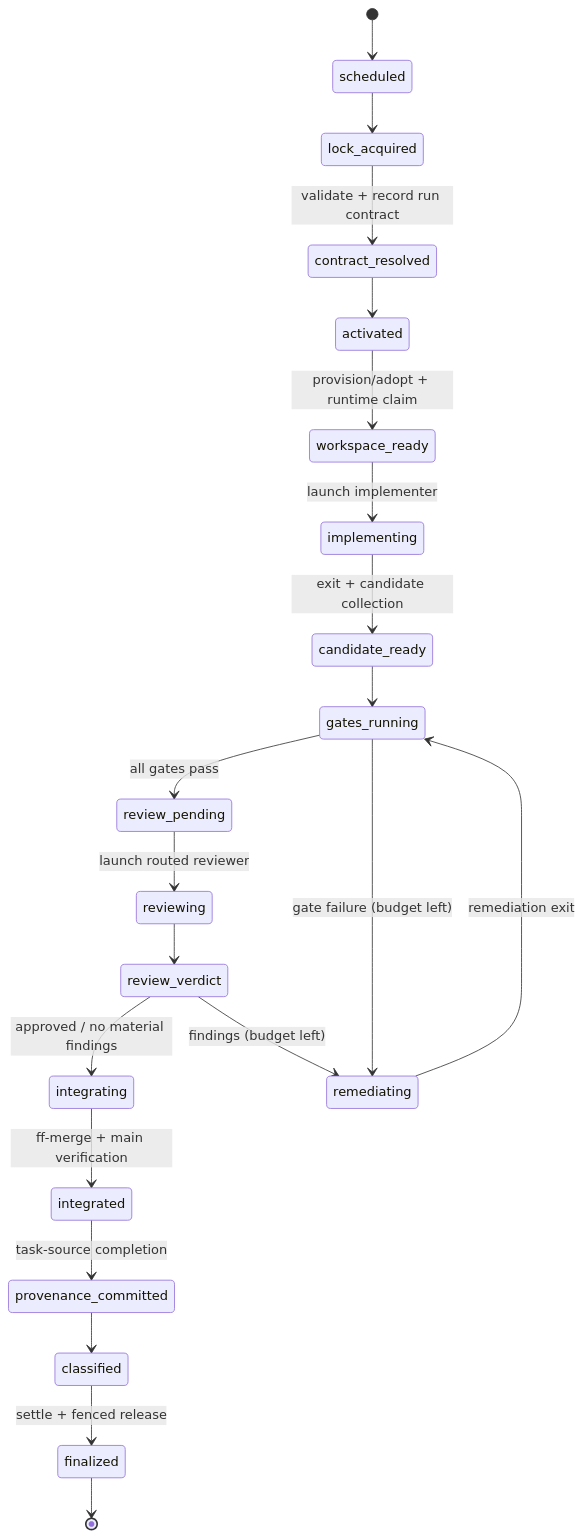
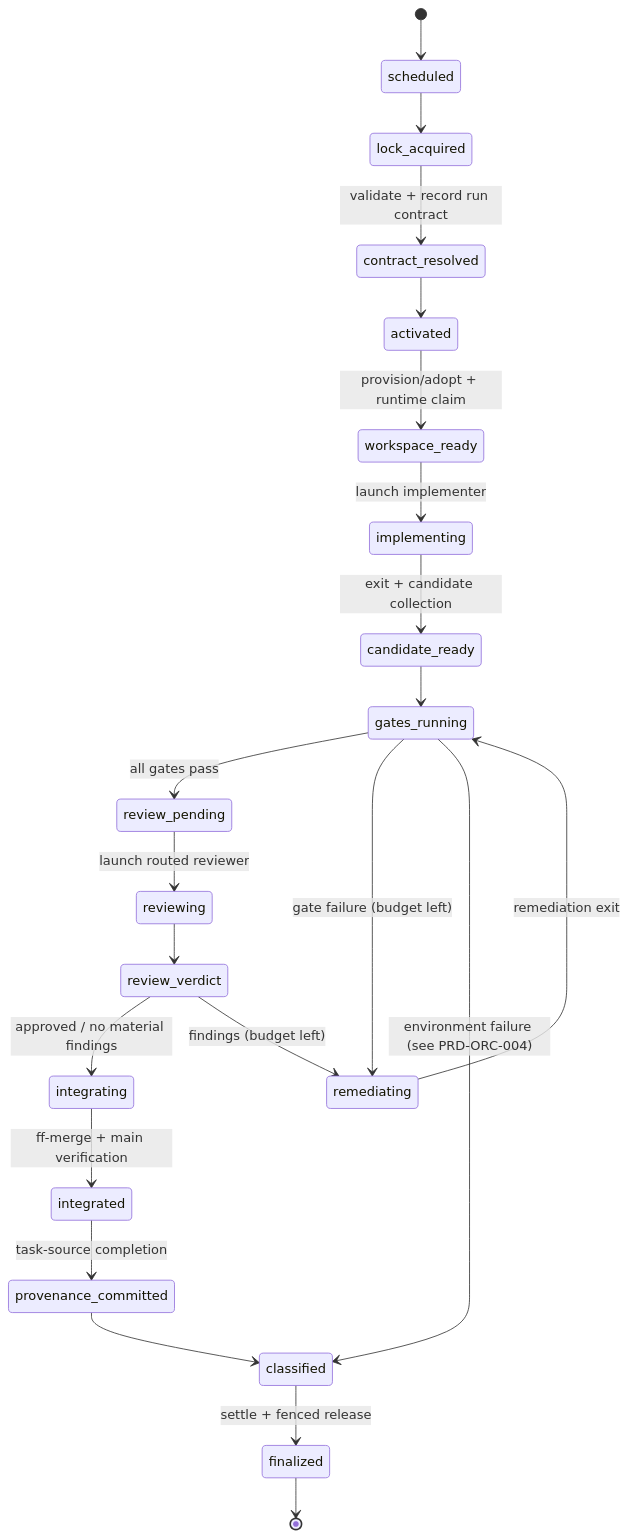
The diagram in docs/deterministic-run-orchestration.md (ei-grad/vibe-loop), drawn with Mermaid before and after one commit. The commit also changed other lines of this file and 3 other files, not shown here.

````diff
--- a/docs/deterministic-run-orchestration.md
+++ b/docs/deterministic-run-orchestration.md
@@ -126,23 +126,24 @@
 ```mermaid
 stateDiagram-v2
     [*] --> scheduled
     scheduled --> lock_acquired
     lock_acquired --> contract_resolved : validate + record run contract
     contract_resolved --> activated
     activated --> workspace_ready : provision/adopt + runtime claim
     workspace_ready --> implementing : launch implementer
     implementing --> candidate_ready : exit + candidate collection
     candidate_ready --> gates_running
     gates_running --> review_pending : all gates pass
     gates_running --> remediating : gate failure (budget left)
+    gates_running --> classified : environment failure (see PRD-ORC-004)
     review_pending --> reviewing : launch routed reviewer
     reviewing --> review_verdict
     review_verdict --> integrating : approved / no material findings
     review_verdict --> remediating : findings (budget left)
     remediating --> gates_running : remediation exit
     integrating --> integrated : ff-merge + main verification
     integrated --> provenance_committed : task-source completion
     provenance_committed --> classified
     classified --> finalized : settle + fenced release
     finalized --> [*]
 ```
````
